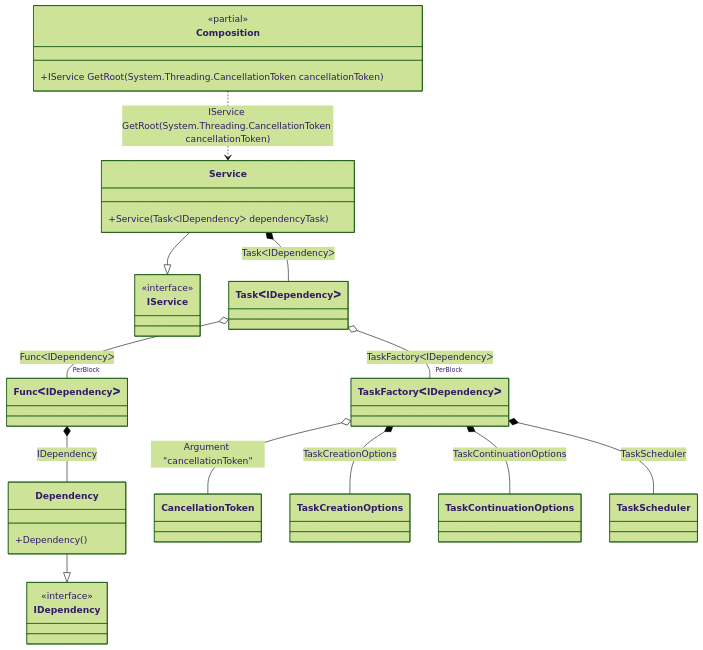
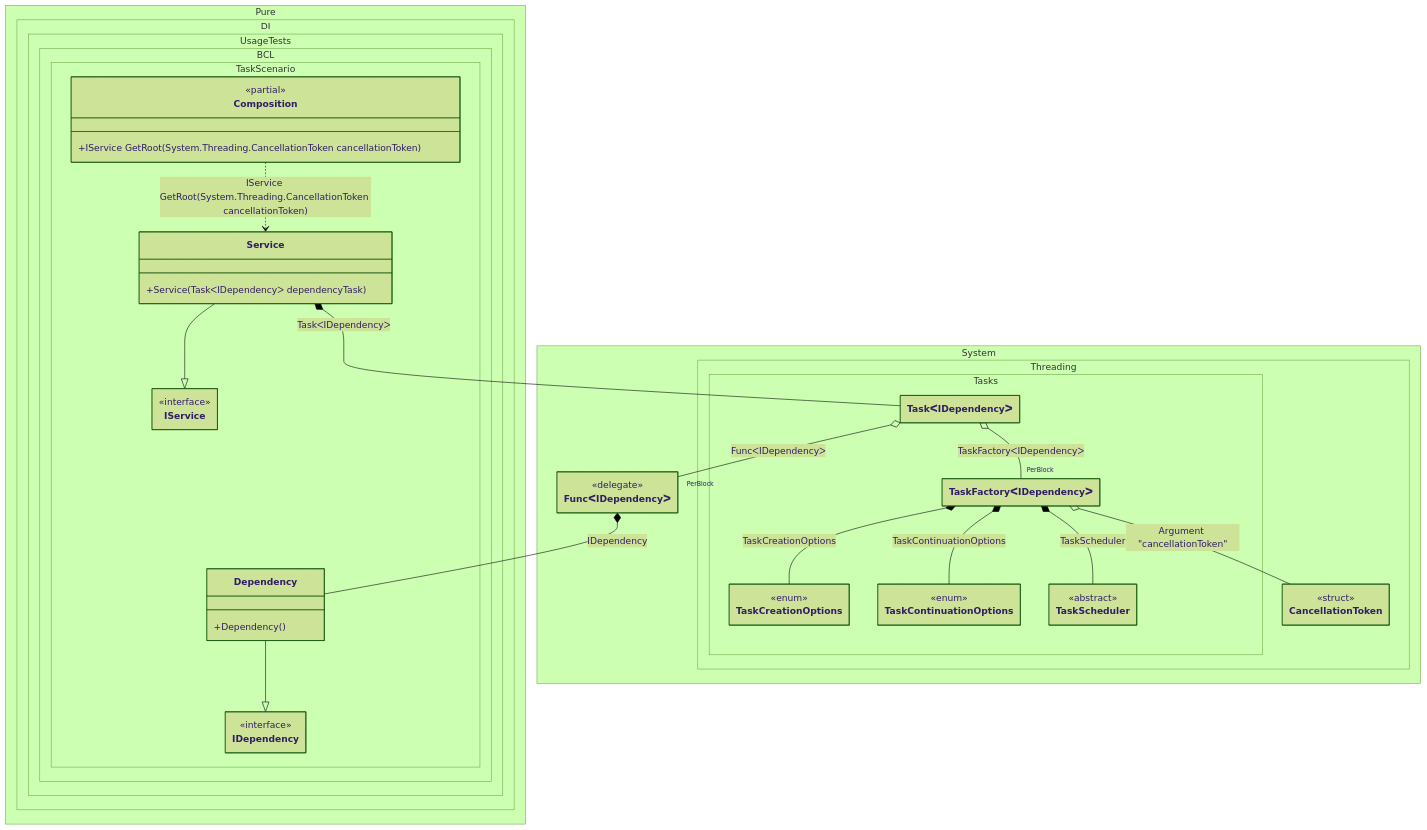
The diagram in readme/task.md (DevTeam/Pure.DI), drawn with Mermaid (forest theme) before and after one commit. The commit also changed 103 other files, not shown here.

Commit message:
Improved class diagrams

````diff
--- a/readme/task.md
+++ b/readme/task.md
@@ -110,37 +110,62 @@
 ```mermaid
+---
+ config:
+  class:
+   hideEmptyMembersBox: true
+---
 classDiagram
-	class Composition {
-		<<partial>>
-		+IService GetRoot(System.Threading.CancellationToken cancellationToken)
-	}
 	Service --|> IService
-	class Service {
-		+Service(TaskᐸIDependencyᐳ dependencyTask)
-	}
-	class TaskᐸIDependencyᐳ
-	class FuncᐸIDependencyᐳ
-	class TaskFactoryᐸIDependencyᐳ
 	Dependency --|> IDependency
-	class Dependency {
-		+Dependency()
-	}
-	class CancellationToken
-	class TaskCreationOptions
-	class TaskContinuationOptions
-	class TaskScheduler
-	class IService {
-		<<interface>>
-	}
-	class IDependency {
-		<<interface>>
-	}
 	Composition ..> Service : IService GetRoot(System.Threading.CancellationToken cancellationToken)
 	Service *--  TaskᐸIDependencyᐳ : TaskᐸIDependencyᐳ
 	TaskᐸIDependencyᐳ o-- "PerBlock" FuncᐸIDependencyᐳ : FuncᐸIDependencyᐳ
 	TaskᐸIDependencyᐳ o-- "PerBlock" TaskFactoryᐸIDependencyᐳ : TaskFactoryᐸIDependencyᐳ
 	FuncᐸIDependencyᐳ *--  Dependency : IDependency
 	TaskFactoryᐸIDependencyᐳ o-- CancellationToken : Argument "cancellationToken"
 	TaskFactoryᐸIDependencyᐳ *--  TaskCreationOptions : TaskCreationOptions
 	TaskFactoryᐸIDependencyᐳ *--  TaskContinuationOptions : TaskContinuationOptions
 	TaskFactoryᐸIDependencyᐳ *--  TaskScheduler : TaskScheduler
+	namespace Pure.DI.UsageTests.BCL.TaskScenario {
+		class Composition {
+		<<partial>>
+		+IService GetRoot(System.Threading.CancellationToken cancellationToken)
+		}
+		class Dependency {
+			+Dependency()
+		}
+		class IDependency {
+			<<interface>>
+		}
+		class IService {
+			<<interface>>
+		}
+		class Service {
+			+Service(TaskᐸIDependencyᐳ dependencyTask)
+		}
+	}
+	namespace System {
+		class FuncᐸIDependencyᐳ {
+				<<delegate>>
+		}
+	}
+	namespace System.Threading {
+		class CancellationToken {
+				<<struct>>
+		}
+	}
+	namespace System.Threading.Tasks {
+		class TaskContinuationOptions {
+				<<enum>>
+		}
+		class TaskCreationOptions {
+				<<enum>>
+		}
+		class TaskFactoryᐸIDependencyᐳ {
+		}
+		class TaskScheduler {
+				<<abstract>>
+		}
+		class TaskᐸIDependencyᐳ {
+		}
+	}
 ```
````
